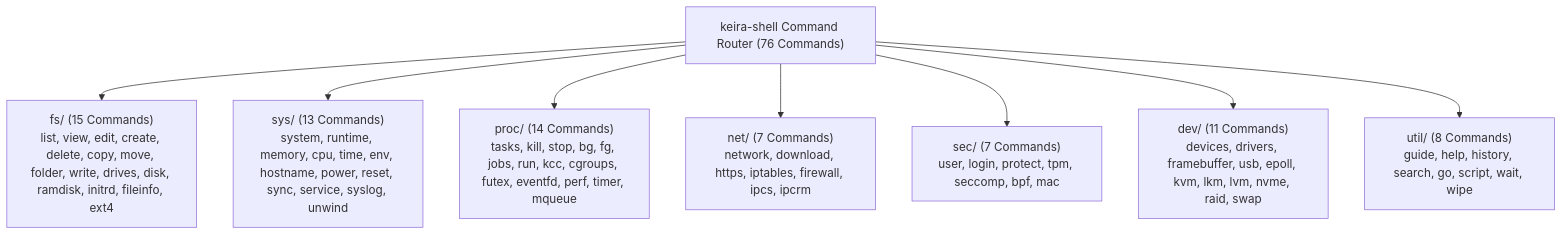
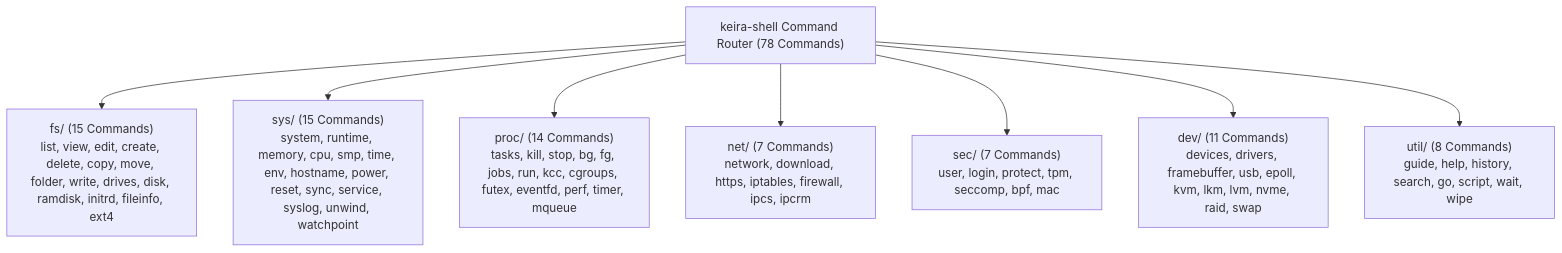
The diagram in docs/shell/commands/README.md (mrvlous/keira), drawn with Mermaid before and after one commit. The commit also changed other lines of this file and 21 other files, not shown here.

Commit message:
feat(kernel): implement bare-metal SMP bootstrapping, DR0-DR7 watchpoints, PCI MSI and shell diagnostics

````diff
--- a/docs/shell/commands/README.md
+++ b/docs/shell/commands/README.md
@@ -11,10 +11,10 @@
 ```mermaid
 graph TD
-    Shell["keira-shell Command Router (76 Commands)"] --> FS["fs/ (15 Commands)<br/>list, view, edit, create, delete, copy, move, folder, write, drives, disk, ramdisk, initrd, fileinfo, ext4"]
-    Shell --> Sys["sys/ (13 Commands)<br/>system, runtime, memory, cpu, time, env, hostname, power, reset, sync, service, syslog, unwind"]
+    Shell["keira-shell Command Router (78 Commands)"] --> FS["fs/ (15 Commands)<br/>list, view, edit, create, delete, copy, move, folder, write, drives, disk, ramdisk, initrd, fileinfo, ext4"]
+    Shell --> Sys["sys/ (15 Commands)<br/>system, runtime, memory, cpu, smp, time, env, hostname, power, reset, sync, service, syslog, unwind, watchpoint"]
     Shell --> Proc["proc/ (14 Commands)<br/>tasks, kill, stop, bg, fg, jobs, run, kcc, cgroups, futex, eventfd, perf, timer, mqueue"]
     Shell --> Net["net/ (7 Commands)<br/>network, download, https, iptables, firewall, ipcs, ipcrm"]
     Shell --> Sec["sec/ (7 Commands)<br/>user, login, protect, tpm, seccomp, bpf, mac"]
     Shell --> Dev["dev/ (11 Commands)<br/>devices, drivers, framebuffer, usb, epoll, kvm, lkm, lvm, nvme, raid, swap"]
     Shell --> Util["util/ (8 Commands)<br/>guide, help, history, search, go, script, wait, wipe"]
 ```
````
